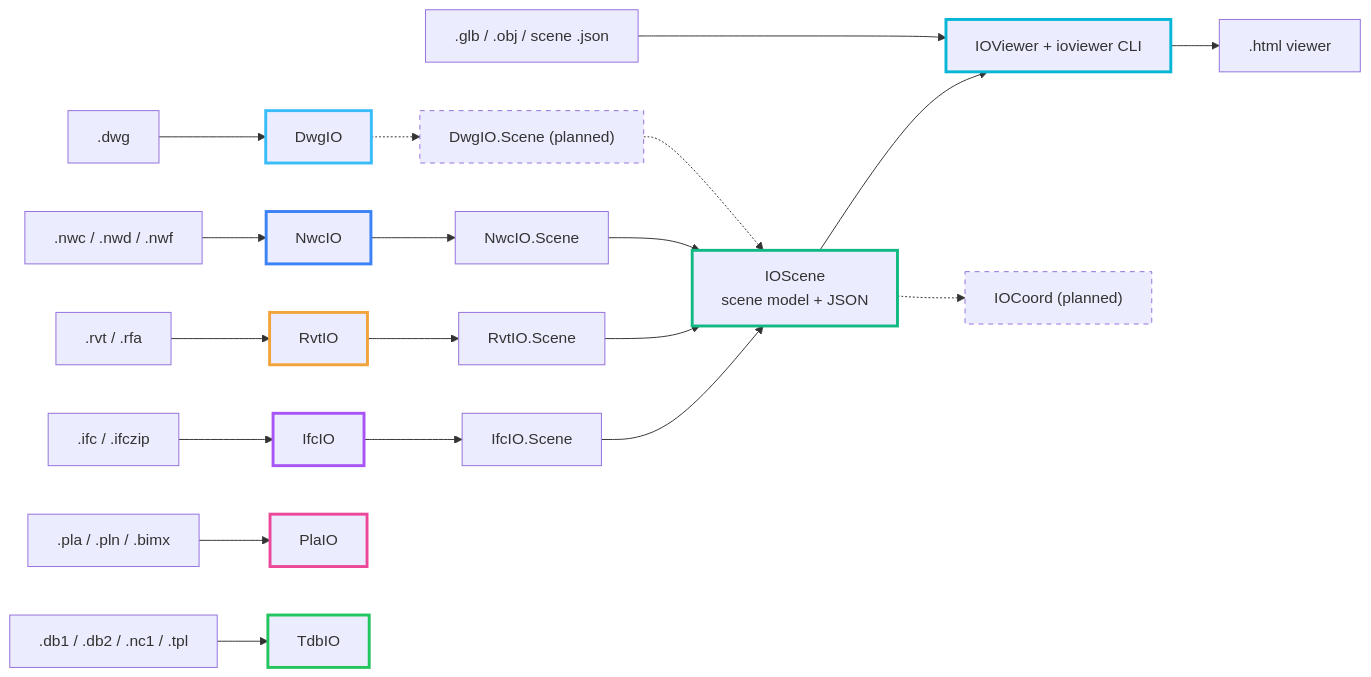
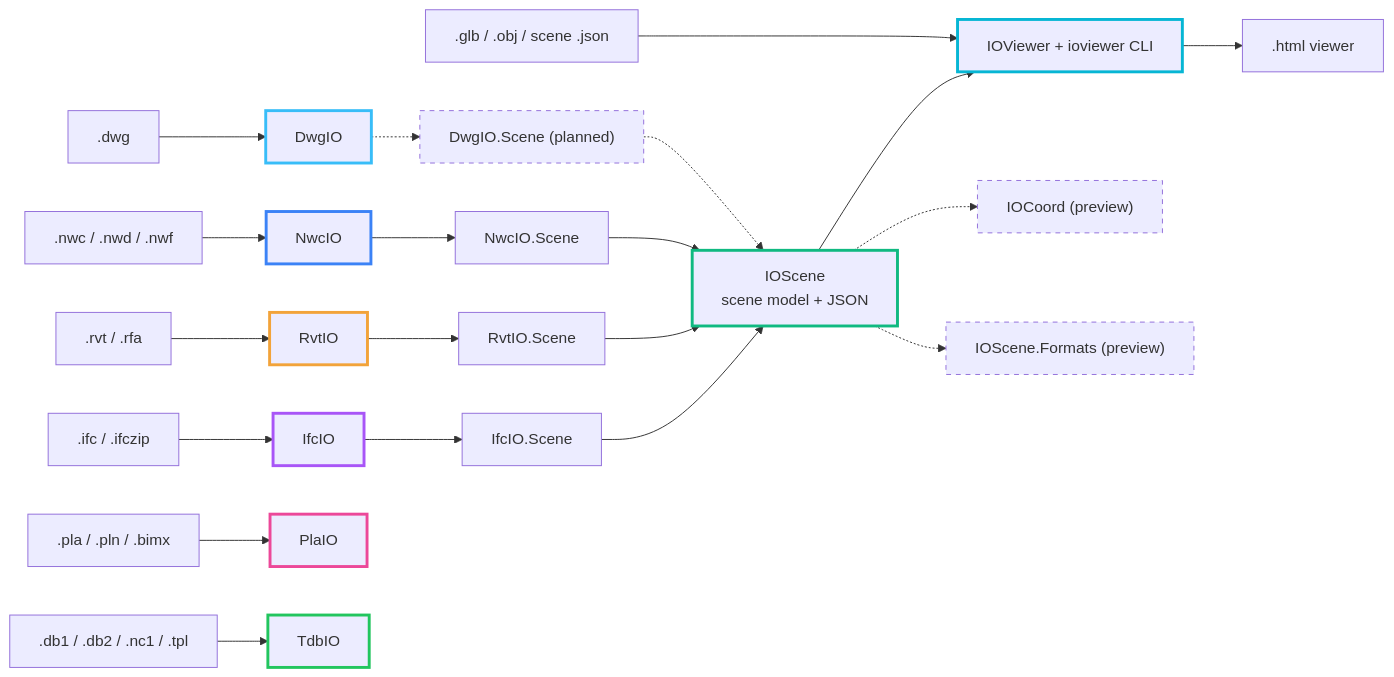
Before and after one commit to IOExtend/.github: the diagram in profile/README.md, drawn with Mermaid. The commit also changed other lines of this file, not shown here.

Commit message:
Document the IOScene tools source previews

````diff
--- a/profile/README.md
+++ b/profile/README.md
@@ -56,43 +56,44 @@
 ```mermaid
 flowchart LR
   ifc[".ifc / .ifczip"] --> IfcIO
   rvt[".rvt / .rfa"] --> RvtIO
   nwc[".nwc / .nwd / .nwf"] --> NwcIO
   dwg[".dwg"] --> DwgIO
   pla[".pla / .pln / .bimx"] --> PlaIO
   tdb[".db1 / .db2 / .nc1 / .tpl"] --> TdbIO
 
   IfcIO --> IfcIOScene["IfcIO.Scene"]
   RvtIO --> RvtIOScene["RvtIO.Scene"]
   NwcIO --> NwcIOScene["NwcIO.Scene"]
   DwgIO -.-> DwgIOScene["DwgIO.Scene (planned)"]
 
   IfcIOScene --> IOScene["IOScene<br/>scene model + JSON"]
   RvtIOScene --> IOScene
   NwcIOScene --> IOScene
   DwgIOScene -.-> IOScene
 
   IOScene --> IOViewer["IOViewer + ioviewer CLI"]
-  IOScene -.-> IOCoord["IOCoord (planned)"]
+  IOScene -.-> IOCoord["IOCoord (preview)"]
+  IOScene -.-> IOSceneFormats["IOScene.Formats (preview)"]
   files[".glb / .obj / scene .json"] ---> IOViewer
   IOViewer --> html[".html viewer"]
 
   classDef rvt stroke:#F2A33A,stroke-width:3px
   classDef nwc stroke:#3B82F6,stroke-width:3px
   classDef ifcio stroke:#A855F7,stroke-width:3px
   classDef dwgio stroke:#38BDF8,stroke-width:3px
   classDef plaio stroke:#EC4899,stroke-width:3px
   classDef tdbio stroke:#22C55E,stroke-width:3px
   classDef viewer stroke:#06B6D4,stroke-width:3px
   classDef scene stroke:#10B981,stroke-width:3px
   classDef planned stroke-dasharray: 5 5
   class RvtIO rvt
   class NwcIO nwc
   class IfcIO ifcio
   class DwgIO dwgio
   class PlaIO plaio
   class TdbIO tdbio
   class IOViewer viewer
   class IOScene scene
-  class DwgIOScene,IOCoord planned
+  class DwgIOScene,IOCoord,IOSceneFormats planned
 ```
````
